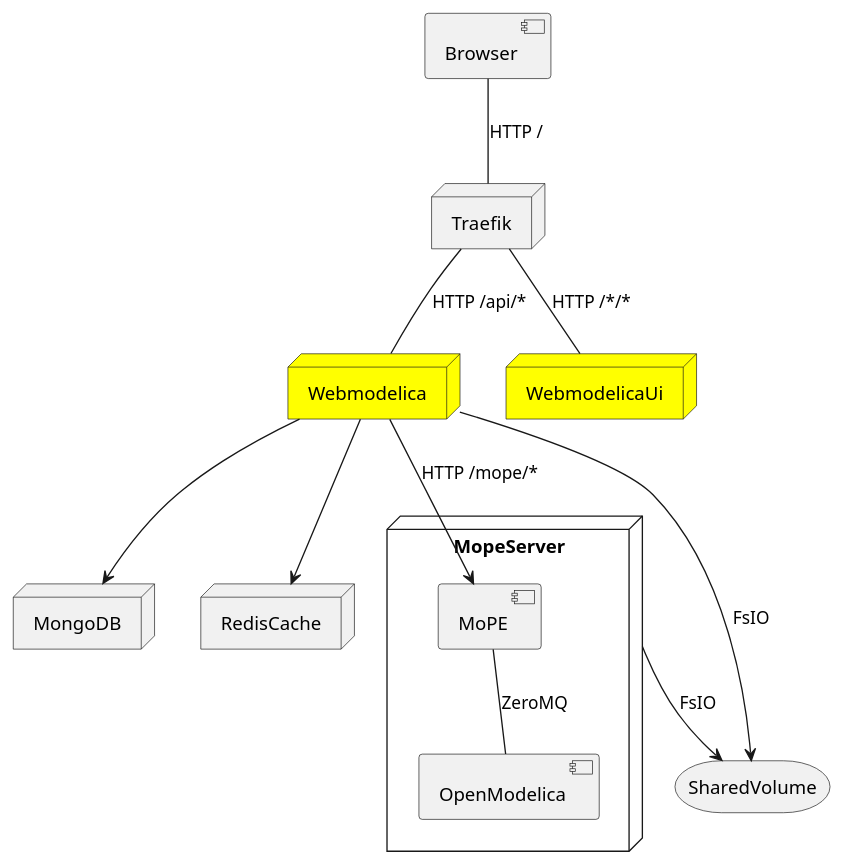
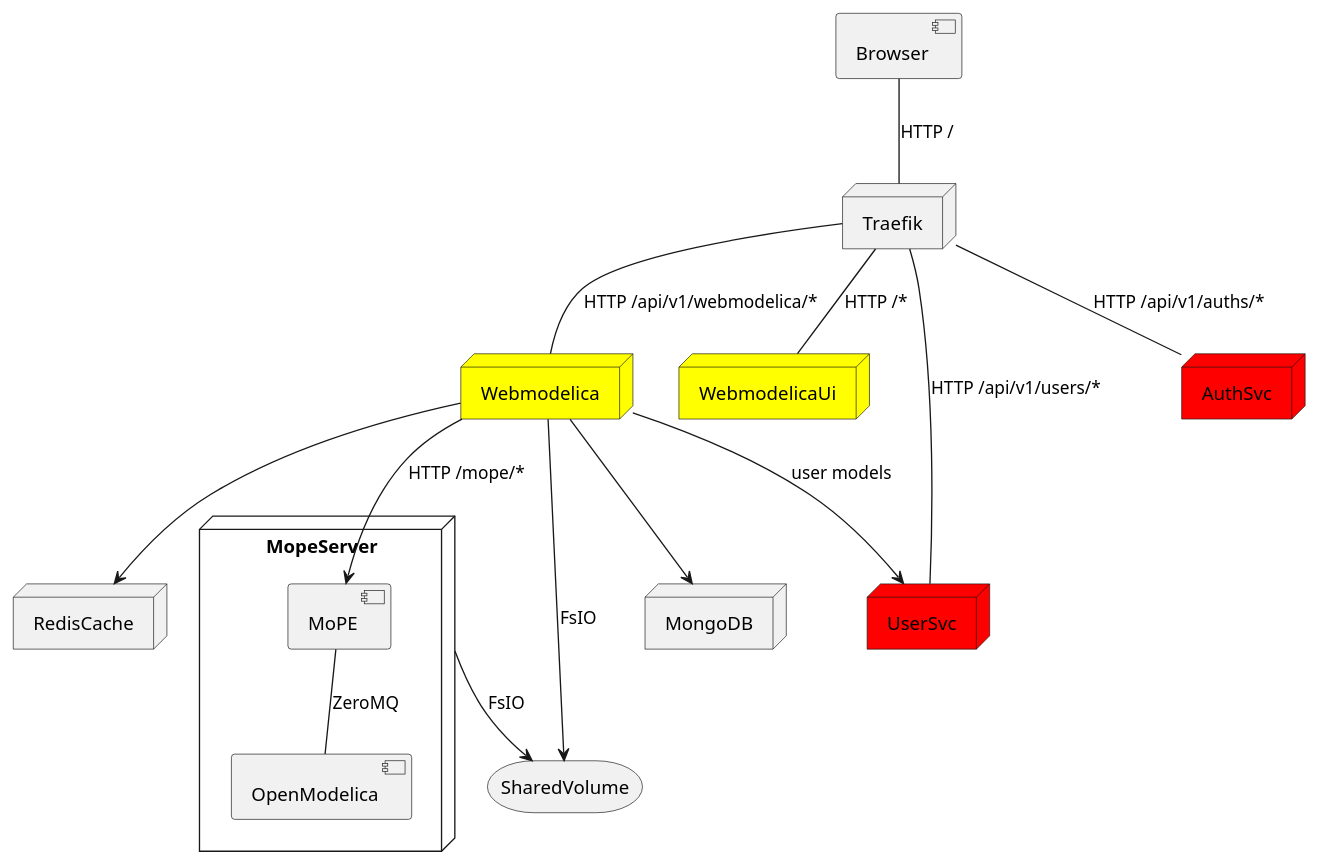
The diagram in doc/deployment.puml (THM-MoTE/webmodelica), drawn with PlantUML before and after one commit. The commit also changed 3 other files, not shown here.

Commit message:
add UserSvc,AuthSvc to diagrams

```diff
--- a/doc/deployment.puml
+++ b/doc/deployment.puml
@@ -1,29 +1,34 @@
 @startuml
 
 [Browser]
 
 node Traefik
 node Webmodelica #Yellow
 node WebmodelicaUi #Yellow
 node MongoDB
 node RedisCache
+node UserSvc #red
+node AuthSvc #red
 
 Browser -- Traefik : HTTP /
-Traefik -- Webmodelica : HTTP /api/*
-Traefik -- WebmodelicaUi : HTTP /*/*
+Traefik -- Webmodelica : HTTP /api/v1/webmodelica/*
+Traefik -- WebmodelicaUi : HTTP /*
+Traefik -- AuthSvc : HTTP /api/v1/auths/*
+Traefik -- UserSvc : HTTP /api/v1/users/*
 
 Webmodelica --> MongoDB
 Webmodelica --> RedisCache
+Webmodelica --> UserSvc : user models
 
 node MopeServer {
   Webmodelica --> [MoPE] : HTTP /mope/*
   [OpenModelica]
   [MoPE] -- [OpenModelica] : ZeroMQ
 }
 
 storage SharedVolume
 
 Webmodelica --> SharedVolume : FsIO
 MopeServer --> SharedVolume : FsIO
 
 @enduml
```
